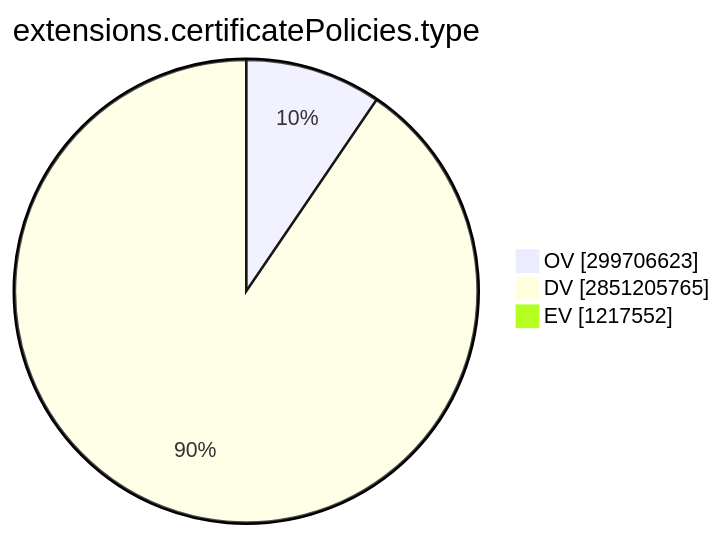
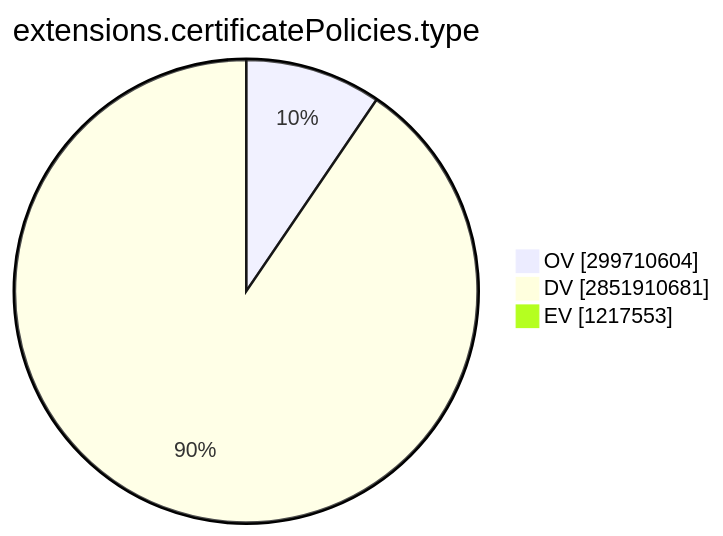
One commit to christiankrug/ctmonitor_visualization changed the ninth of 15 diagrams in TOTAL/README.md. Above: the diagram before and after it, drawn with Mermaid. The commit also changed other lines of this file, not shown here.

````diff
--- a/TOTAL/README.md
+++ b/TOTAL/README.md
@@ -3101,7 +3101,7 @@
 ```mermaid
 pie showData
 title extensions.certificatePolicies.type
-"OV" :299706623
-"DV" :2851205765
-"EV" :1217552
+"OV" :299710604
+"DV" :2851910681
+"EV" :1217553
 ```
````
